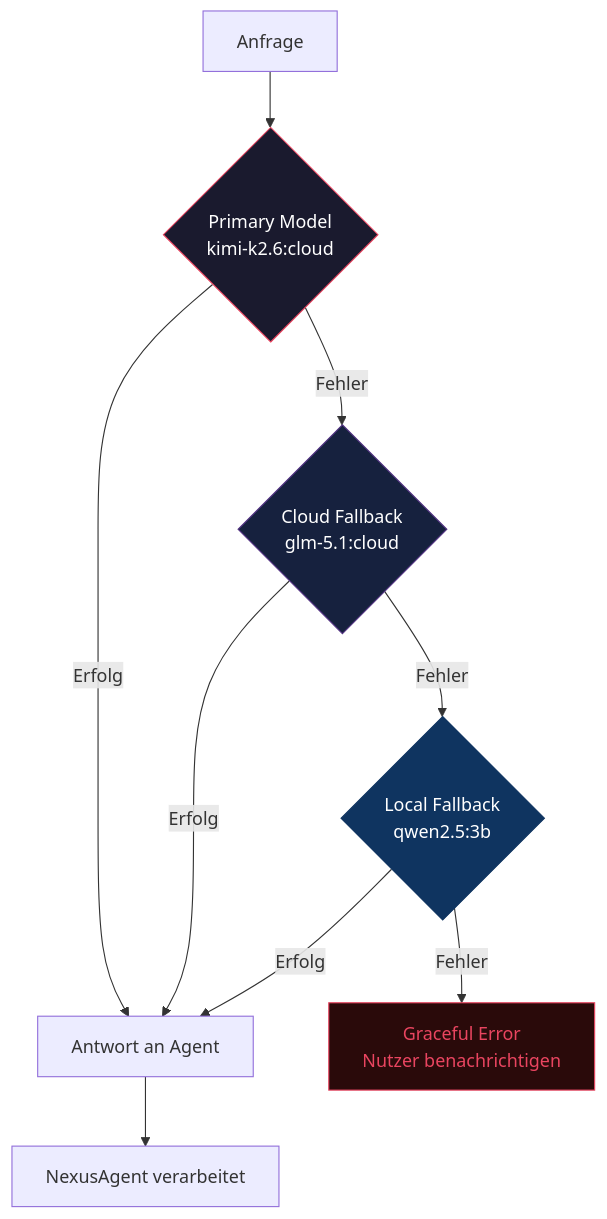
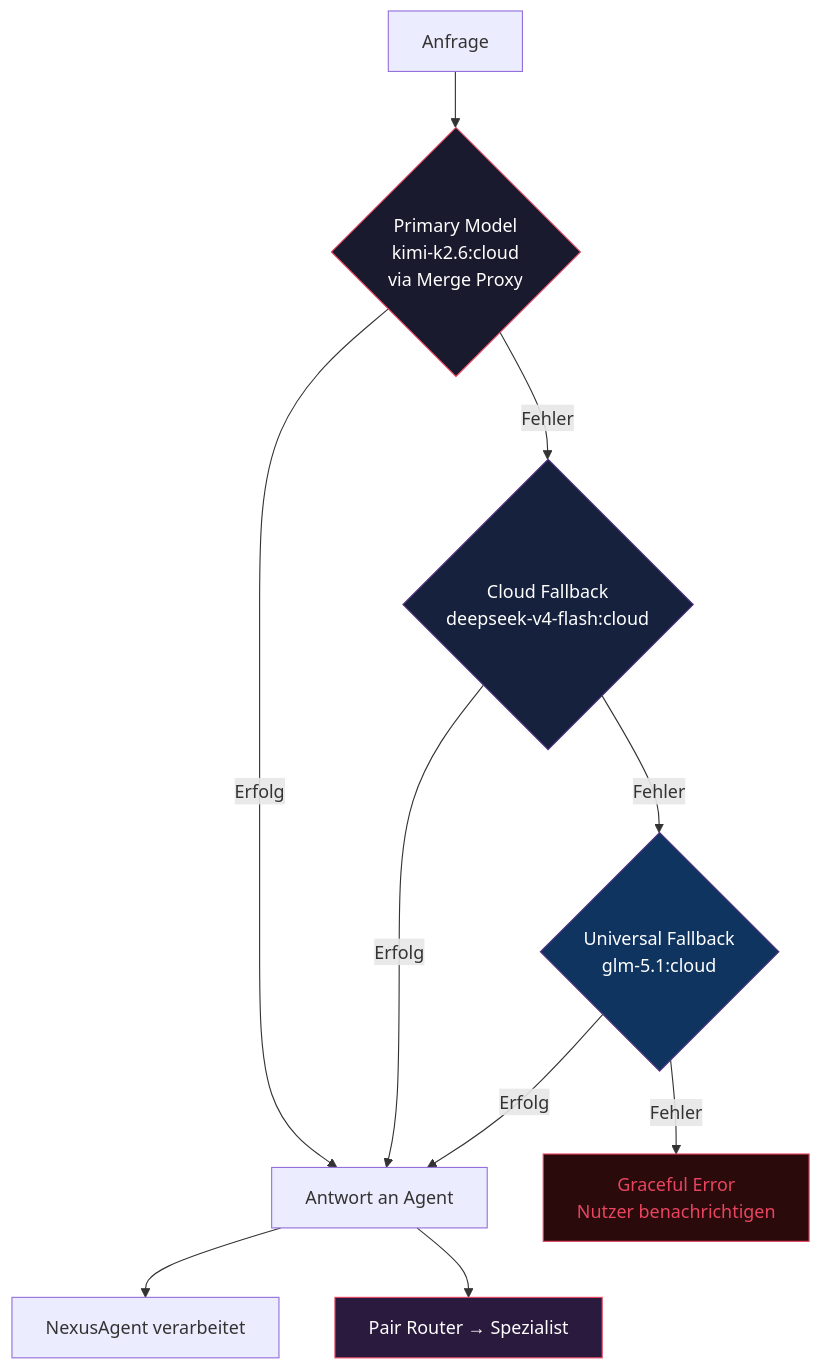
The fourth of 5 diagrams in README.md (TitoPrausee/nexus-toti), drawn with Mermaid before and after one commit. The commit also changed other lines of this file and 2 other files, not shown here.

Commit message:
docs: update diagrams and architecture to v9 — 6-agent team, cloud-only, DSGVO, heartbeat, session manager

````diff
--- a/README.md
+++ b/README.md
@@ -169,20 +204,22 @@
 ```mermaid
 flowchart TD
-    REQ[Anfrage] --> PRIM{Primary Model<br/>kimi-k2.6:cloud}
+    REQ[Anfrage] --> PRIM{Primary Model<br/>kimi-k2.6:cloud<br/>via Merge Proxy}
 
     PRIM -->|Erfolg| RESP[Antwort an Agent]
-    PRIM -->|Fehler| CF1{Cloud Fallback<br/>glm-5.1:cloud}
+    PRIM -->|Fehler| CF1{Cloud Fallback<br/>deepseek-v4-flash:cloud}
 
     CF1 -->|Erfolg| RESP
-    CF1 -->|Fehler| CF2{Local Fallback<br/>qwen2.5:3b}
+    CF1 -->|Fehler| CF2{Universal Fallback<br/>glm-5.1:cloud}
 
     CF2 -->|Erfolg| RESP
     CF2 -->|Fehler| ERR[Graceful Error<br/>Nutzer benachrichtigen]
 
     RESP --> AGENT[NexusAgent verarbeitet]
+    RESP --> PAIR[Pair Router → Spezialist]
 
     style PRIM fill:#1a1a2e,stroke:#e94560,color:#fff
     style CF1 fill:#16213e,stroke:#533483,color:#fff
-    style CF2 fill:#0f3460,stroke:#0f3460,color:#fff
+    style CF2 fill:#0f3460,stroke:#533483,color:#fff
     style ERR fill:#2a0a0a,stroke:#e94560,color:#e94560
+    style PAIR fill:#2a1a3e,stroke:#e94560,color:#fff
 ```
````
